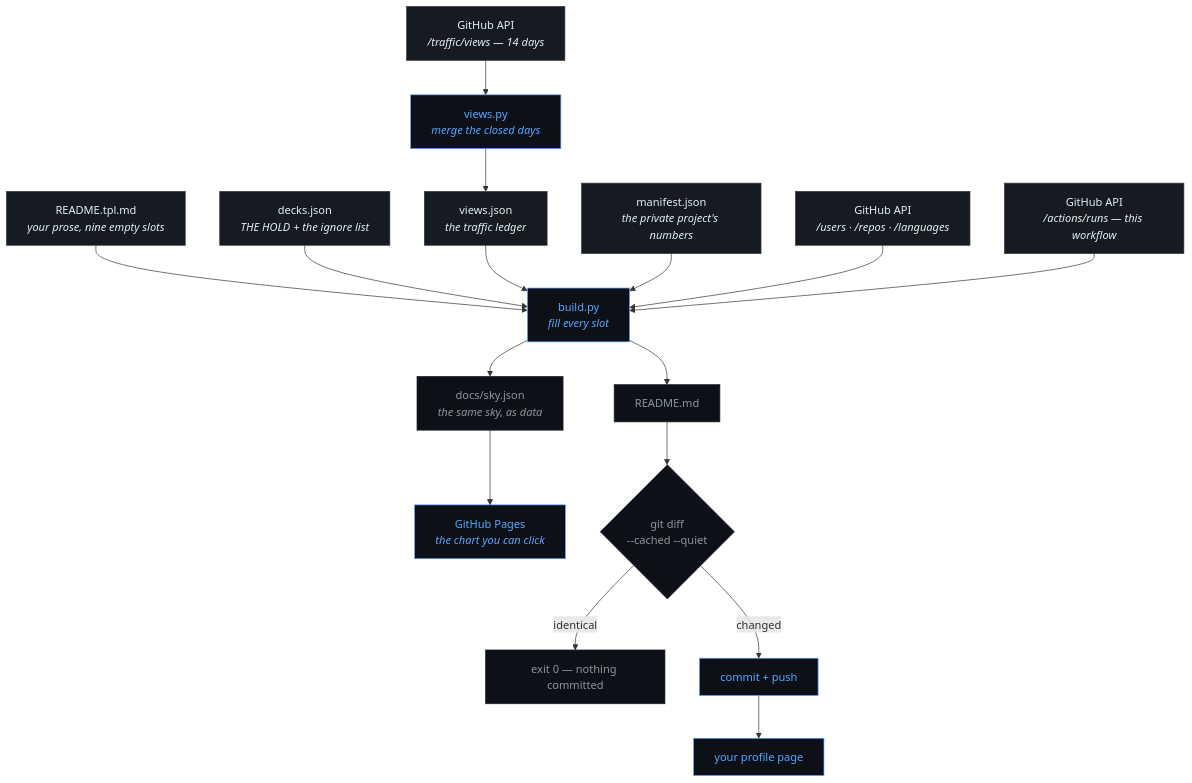
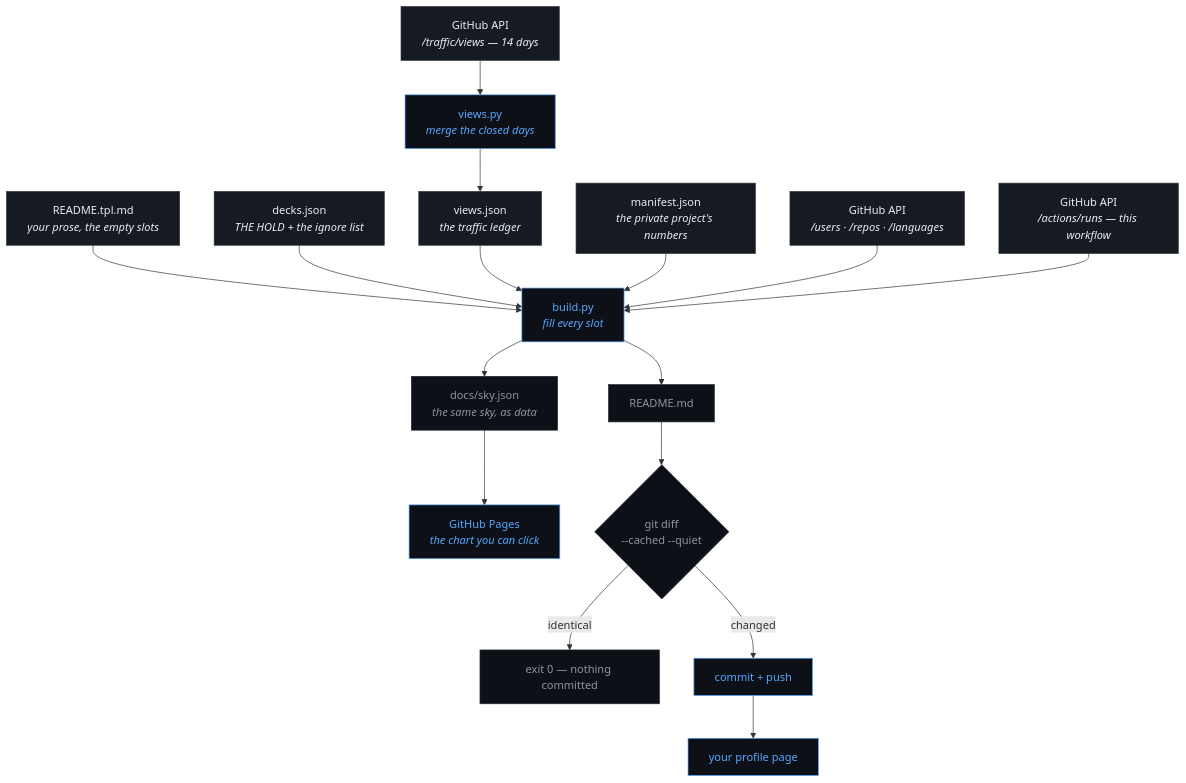
One commit to StarFleet1334/StarFleet1334 changed the first of 4 diagrams in PROCESS.md. Above: the diagram before and after it, drawn with Mermaid. The commit also changed other lines of this file and 4 other files, not shown here.

````diff
--- a/PROCESS.md
+++ b/PROCESS.md
@@ -7,26 +7,26 @@
 ```mermaid
 flowchart TD
-    A["README.tpl.md<br/><i>your prose, nine empty slots</i>"] --> C
+    A["README.tpl.md<br/><i>your prose, the empty slots</i>"] --> C
     B["decks.json<br/><i>THE HOLD + the ignore list</i>"] --> C
     V["views.json<br/><i>the traffic ledger</i>"] --> C
     C --> J["docs/sky.json<br/><i>the same sky, as data</i>"]
     J --> P["GitHub Pages<br/><i>the chart you can click</i>"]
     M["manifest.json<br/><i>the private project's numbers</i>"] --> C
     G["GitHub API<br/><i>/users · /repos · /languages</i>"] --> C
     T["GitHub API<br/><i>/traffic/views — 14 days</i>"] --> W
     R["GitHub API<br/><i>/actions/runs — this workflow</i>"] --> C
     W["views.py<br/><i>merge the closed days</i>"] --> V
     C["build.py<br/><i>fill every slot</i>"] --> D["README.md"]
     D --> E{"git diff<br/>--cached --quiet"}
     E -->|identical| F["exit 0 — nothing committed"]
     E -->|changed| H["commit + push"]
     H --> I["your profile page"]
 
     classDef src  fill:#161b22,stroke:#30363d,color:#e6edf3
     classDef act  fill:#0d1117,stroke:#58a6ff,color:#58a6ff
     classDef quiet fill:#0d1117,stroke:#21262d,color:#8b949e
     class A,B,M,G,T,V,R src
     class C,W,H,I,P act
     class J quiet
     class D,E,F quiet
 ```
````
